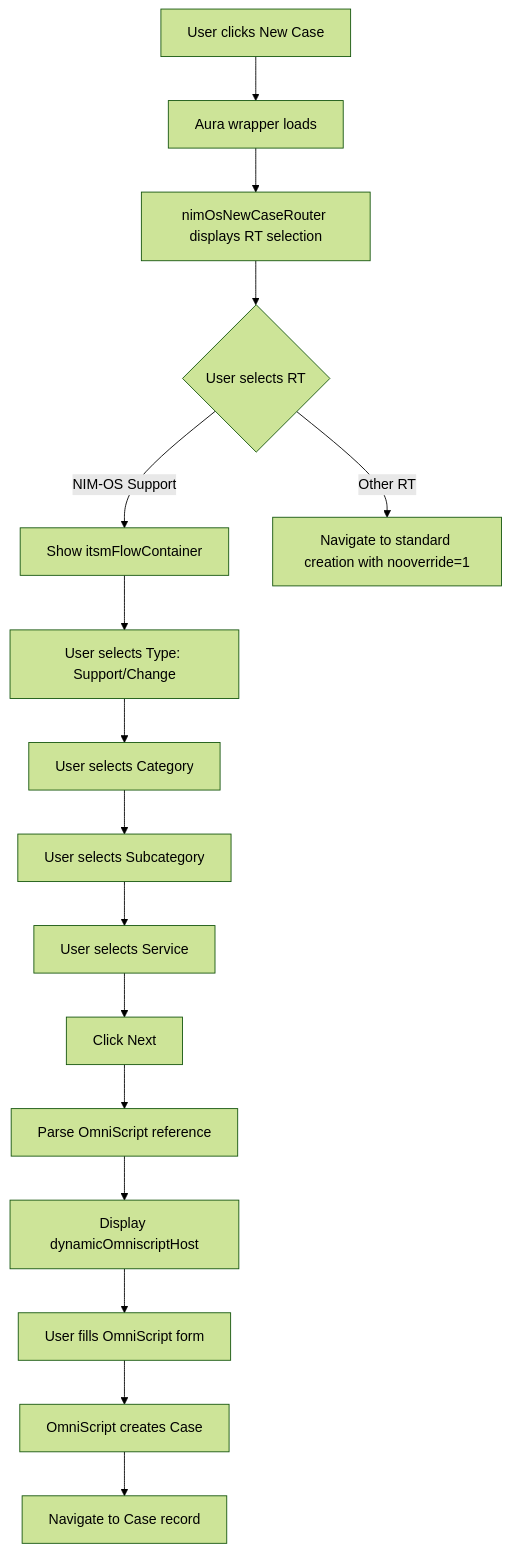
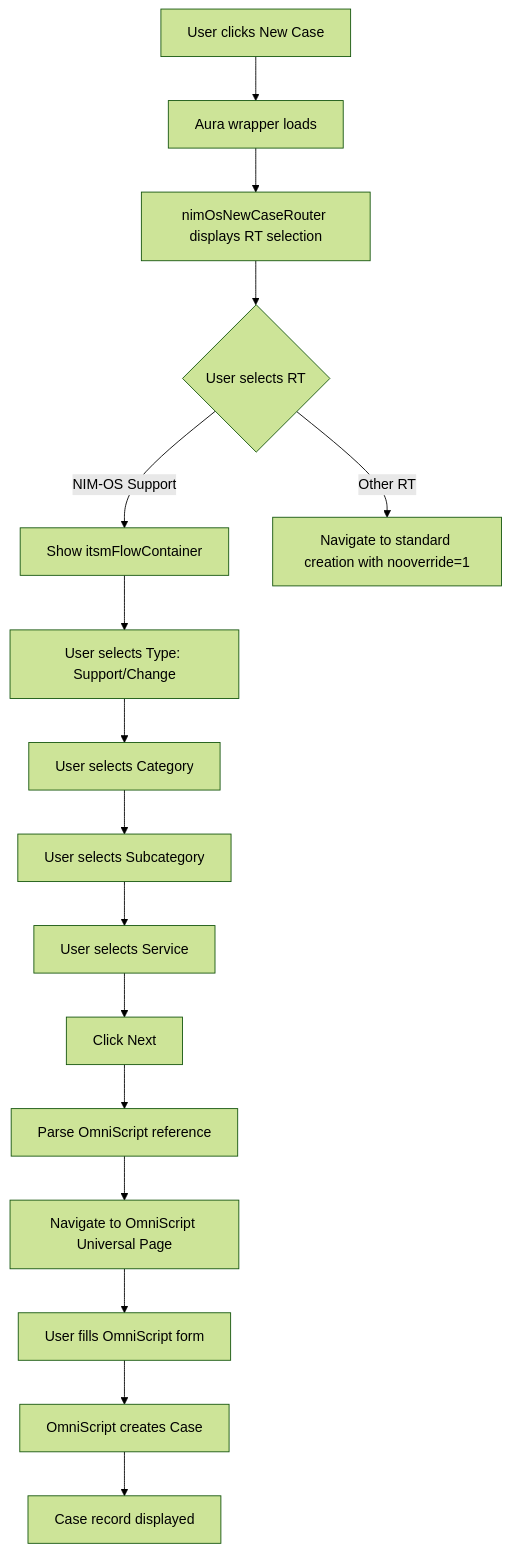
The diagram in CLAUDE.md (Monotoxine/sf), drawn with Mermaid (forest theme) before and after one commit. The commit also changed other lines of this file and 21 other files, not shown here.

First line of the commit message:
fix: Replace Aura wrapper with navigation solution for OmniScript

````diff
--- a/CLAUDE.md
+++ b/CLAUDE.md
@@ -231,18 +226,18 @@
 ```mermaid
 graph TD
     A[User clicks New Case] --> B[Aura wrapper loads]
     B --> C[nimOsNewCaseRouter displays RT selection]
     C --> D{User selects RT}
     D -->|NIM-OS Support| E[Show itsmFlowContainer]
     D -->|Other RT| F[Navigate to standard creation with nooverride=1]
     E --> G[User selects Type: Support/Change]
     G --> H[User selects Category]
     H --> I[User selects Subcategory]
     I --> J[User selects Service]
     J --> K[Click Next]
     K --> L[Parse OmniScript reference]
-    L --> M[Display dynamicOmniscriptHost]
+    L --> M[Navigate to OmniScript Universal Page]
     M --> N[User fills OmniScript form]
     N --> O[OmniScript creates Case]
-    O --> P[Navigate to Case record]
+    O --> P[Case record displayed]
 ```
````
